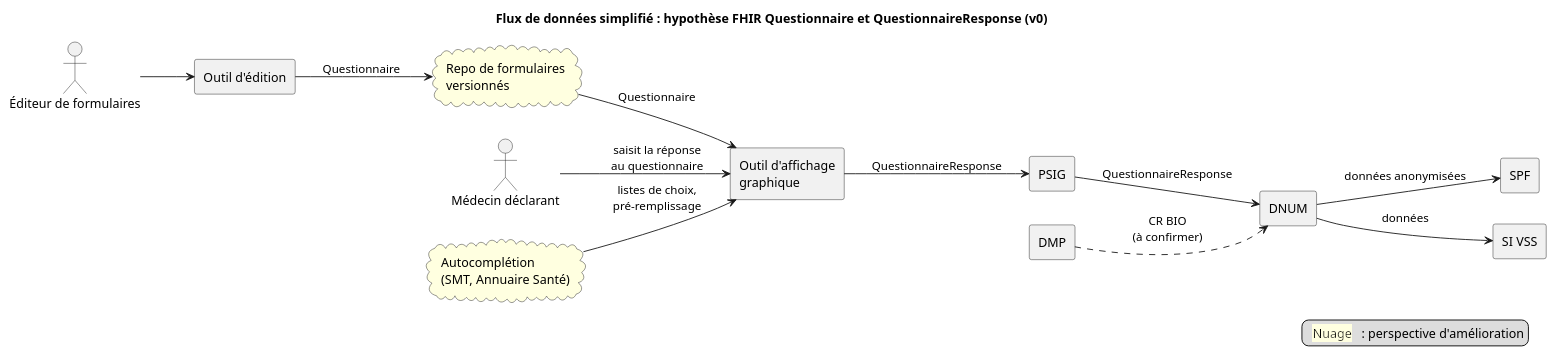
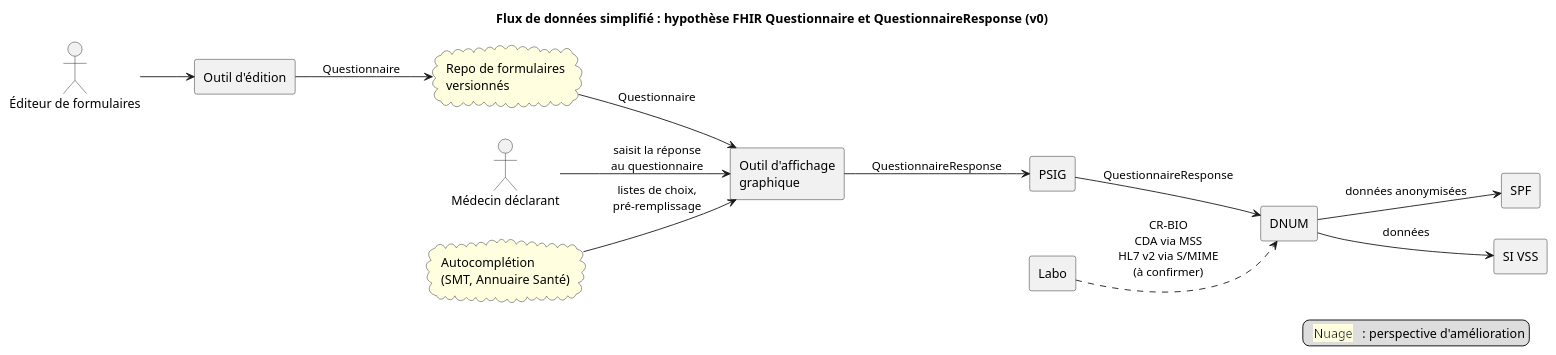
Before and after one commit to nriss/ig-test-dmso: the diagram in input/images-source/architecture-flux-donnees-simplifie.plantuml, drawn with PlantUML.

Commit message:
Architecture : source Labo (CR-BIO via MSS ou S/MIME) et données consolidées dans le schéma simplifié

```diff
--- a/input/images-source/architecture-flux-donnees-simplifie.plantuml
+++ b/input/images-source/architecture-flux-donnees-simplifie.plantuml
@@ -1,34 +1,34 @@
 @startuml
 ' Version 0 - à améliorer
 title Flux de données simplifié : hypothèse FHIR Questionnaire et QuestionnaireResponse (v0)
 
 left to right direction
 
 actor "Éditeur de formulaires" as ED
 actor "Médecin déclarant" as PS
 
 rectangle "Outil d'édition" as FD
 cloud "Repo de formulaires\nversionnés" as FM #LightYellow
 rectangle "Outil d'affichage\ngraphique" as FF
 cloud "Autocomplétion\n(SMT, Annuaire Santé)" as AC #LightYellow
 rectangle "PSIG" as PSIG
 rectangle "DNUM" as DNUM
-rectangle "DMP" as DMP
+rectangle "Labo" as DMP
 rectangle "SPF" as SPF
 rectangle "SI VSS" as VSS
 
 ED --> FD
 FD --> FM : Questionnaire
 FM --> FF : Questionnaire
 AC --> FF : listes de choix,\npré-remplissage
 PS --> FF : saisit la réponse\nau questionnaire
 FF --> PSIG : QuestionnaireResponse
 PSIG --> DNUM : QuestionnaireResponse
-DMP ..> DNUM : CR BIO\n(à confirmer)
+DMP ..> DNUM : CR-BIO\nCDA via MSS\nHL7 v2 via S/MIME\n(à confirmer)
 DNUM --> SPF : données anonymisées
 DNUM --> VSS : données
 
 legend right
   <back:LightYellow>  Nuage  </back> : perspective d'amélioration
 endlegend
 @enduml
```
